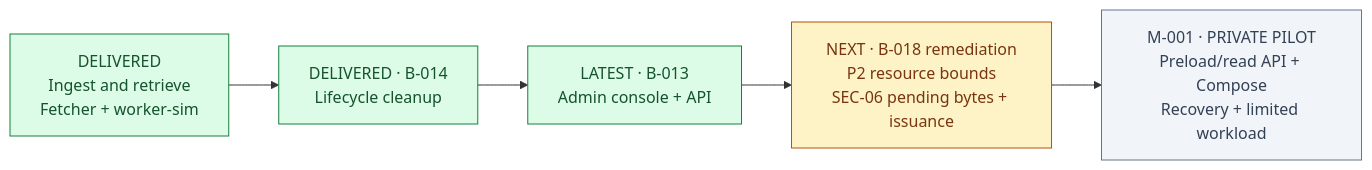
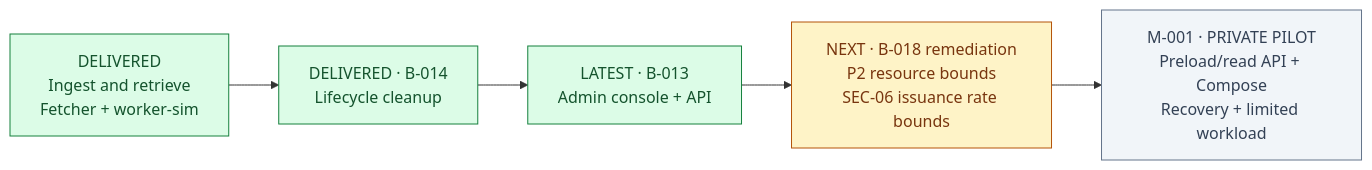
Before and after one commit to mezanno/prototype_cache: the second of 2 diagrams in docs/OVERVIEW.md, drawn with Mermaid. The commit also changed other lines of this file and 20 other files, not shown here.

````diff
--- a/docs/OVERVIEW.md
+++ b/docs/OVERVIEW.md
@@ -110,14 +110,14 @@
 ```mermaid
 flowchart LR
     core["DELIVERED<br/>Ingest and retrieve<br/>Fetcher + worker-sim"]
     lifecycle["DELIVERED · B-014<br/>Lifecycle cleanup"]
     admin["LATEST · B-013<br/>Admin console + API"]
-    security["NEXT · B-018 remediation<br/>P2 resource bounds<br/>SEC-06 pending bytes + issuance"]
+    security["NEXT · B-018 remediation<br/>P2 resource bounds<br/>SEC-06 issuance rate bounds"]
     readiness["M-001 · PRIVATE PILOT<br/>Preload/read API + Compose<br/>Recovery + limited workload"]
     core --> lifecycle --> admin --> security --> readiness
     style core fill:#dcfce7,stroke:#15803d,color:#14532d
     style lifecycle fill:#dcfce7,stroke:#15803d,color:#14532d
     style admin fill:#dcfce7,stroke:#15803d,color:#14532d
     style security fill:#fef3c7,stroke:#b45309,color:#78350f
     style readiness fill:#f1f5f9,stroke:#64748b,color:#334155
 ```
````
